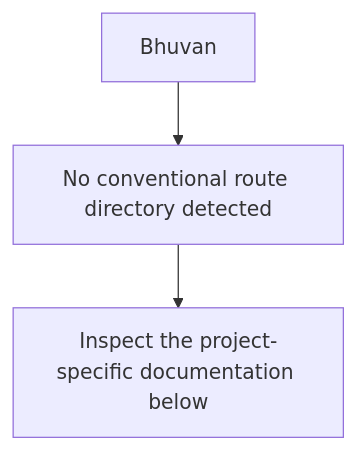
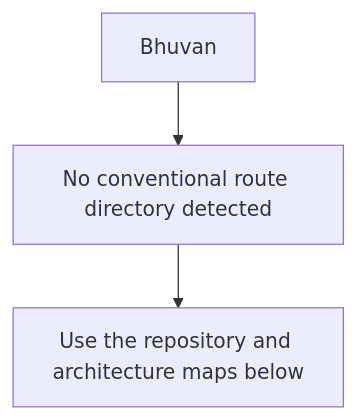
One commit to Nischhalsubba/Bhuvan changed the second of 5 diagrams in README.md. Above: the diagram before and after it, drawn with Mermaid. The commit also changed other lines of this file, not shown here.

````diff
--- a/README.md
+++ b/README.md
@@ -52,6 +81,6 @@
 ```mermaid
 flowchart TD
     APP["Bhuvan"]
     APP --> SOURCE["No conventional route directory detected"]
-    SOURCE --> VERIFY["Inspect the project-specific documentation below"]
+    SOURCE --> GUIDE["Use the repository and architecture maps below"]
 ```
````
